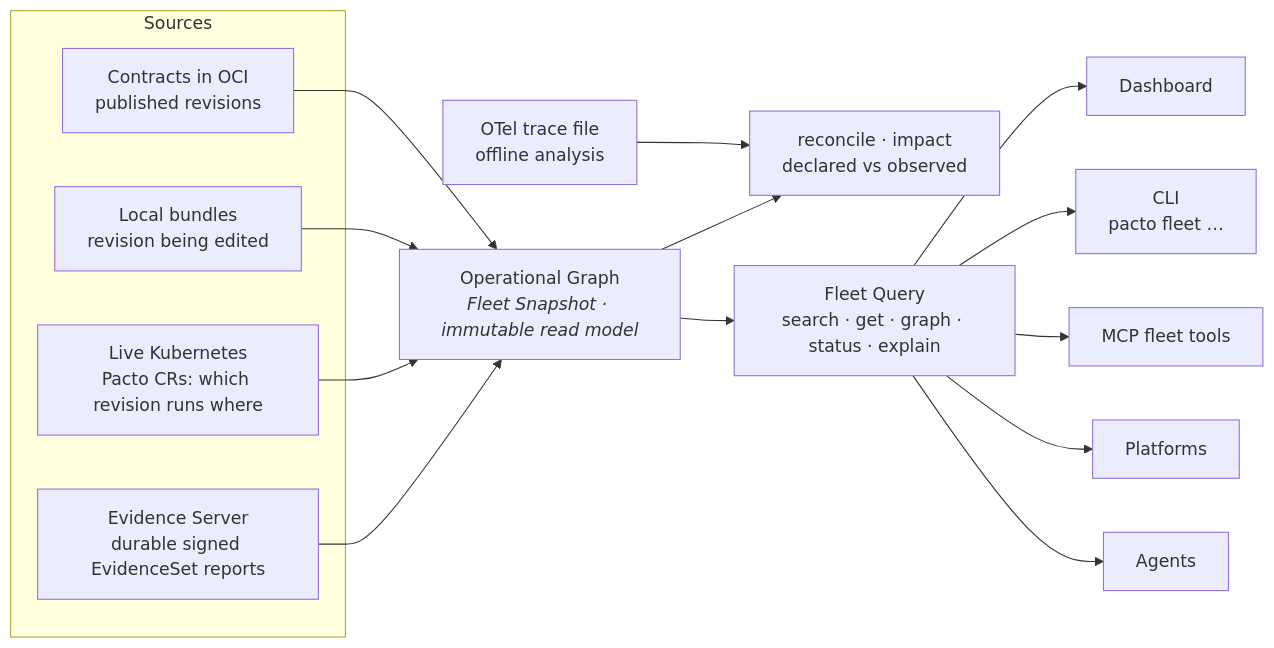
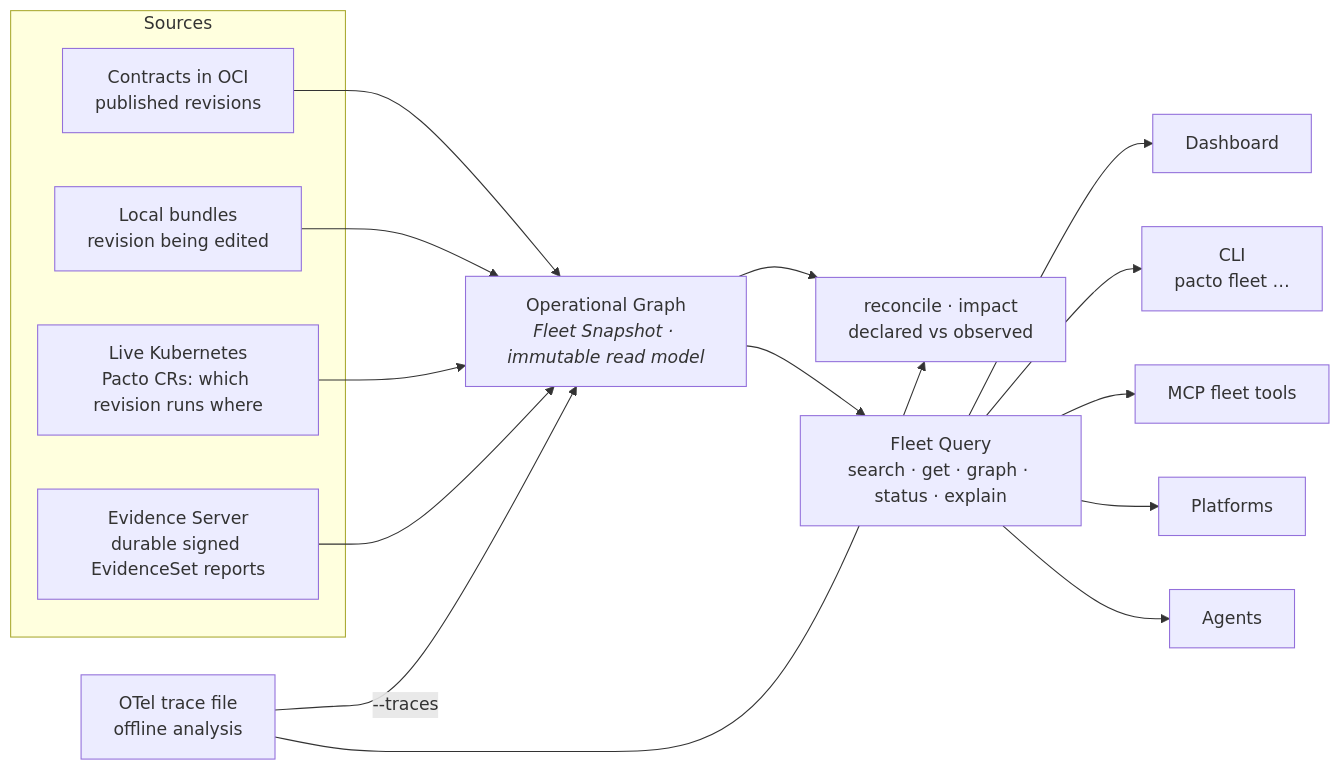
One commit to TrianaLab/pacto changed the first of 2 diagrams in docs/operational-graph.md. Above: the diagram before and after it, drawn with Mermaid. The commit also changed other lines of this file and 3 other files, not shown here.

First line of the commit message:
docs: reflect observed pipeline, graph semantics, impossible-history + projection repair; harden kind image load

````diff
--- a/docs/operational-graph.md
+++ b/docs/operational-graph.md
@@ -165,23 +165,24 @@
 ```mermaid
 flowchart LR
     subgraph Sources["Sources"]
         OCI["Contracts in OCI<br/>published revisions"]
         LOCAL["Local bundles<br/>revision being edited"]
         K8S["Live Kubernetes<br/>Pacto CRs: which revision runs where"]
         EVI["Evidence Server<br/>durable signed EvidenceSet reports"]
     end
     OTEL["OTel trace file<br/>offline analysis"]
     OCI --> OG
     LOCAL --> OG
     K8S --> OG
     EVI --> OG
+    OTEL -->|--traces| OG
     OG["Operational Graph<br/><i>Fleet Snapshot · immutable read model</i>"]
     OTEL --> RECON["reconcile · impact<br/>declared vs observed"]
     OG --> RECON
     OG --> Q["Fleet Query<br/>search · get · graph · status · explain"]
     Q --> DASH["Dashboard"]
     Q --> CLI["CLI<br/>pacto fleet …"]
     Q --> MCP["MCP fleet tools"]
     Q --> PLAT["Platforms"]
     Q --> AGENT["Agents"]
 ```
````
